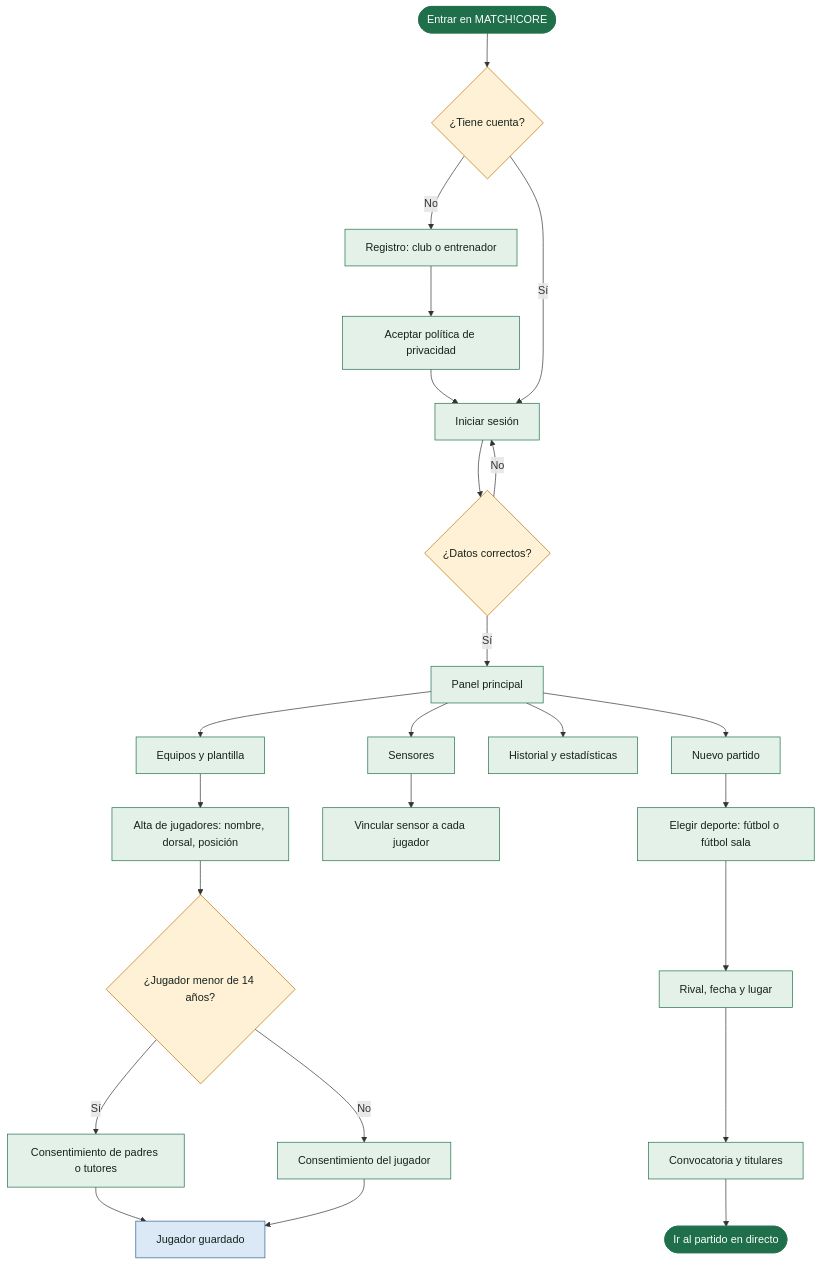
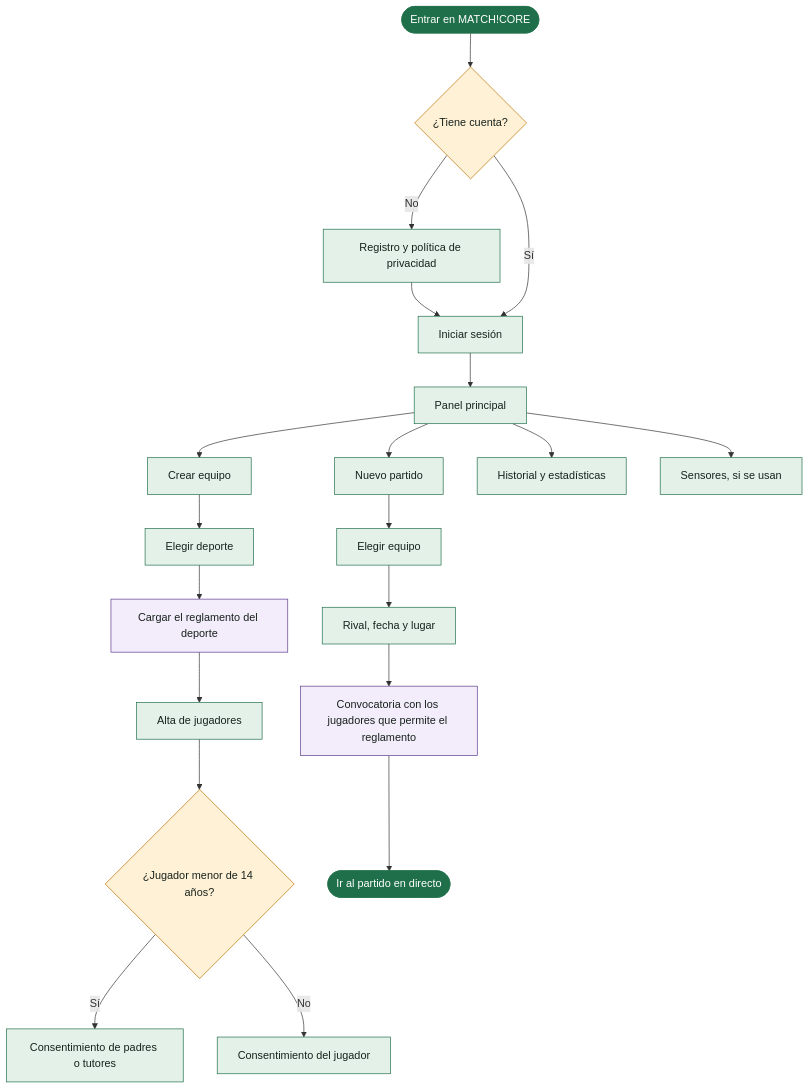
One commit to danielbernalanz/Proyecto-final-de-curso-2.DAW changed the first of 3 diagrams in diagramas/README.md. Above: the diagram before and after it, drawn with Mermaid. The commit also changed other lines of this file and 2 other files, not shown here.

First line of the commit message:
Diagrama de flujo: flujo común y reglamento por deporte

````diff
--- a/diagramas/README.md
+++ b/diagramas/README.md
@@ -11,35 +11,31 @@
 ```mermaid
 flowchart TD
   A([Entrar en MATCH!CORE]) --> B{¿Tiene cuenta?}
-  B -- No --> C[Registro: club o entrenador]
-  C --> C2[Aceptar política de privacidad]
-  C2 --> D
+  B -- No --> C[Registro y política de privacidad]
+  C --> D
   B -- Sí --> D[Iniciar sesión]
-  D --> E{¿Datos correctos?}
-  E -- No --> D
-  E -- Sí --> F[Panel principal]
-  F --> G[Equipos y plantilla]
+  D --> F[Panel principal]
+  F --> G[Crear equipo]
   F --> H[Nuevo partido]
   F --> I[Historial y estadísticas]
-  F --> J[Sensores]
-  G --> G1[Alta de jugadores: nombre, dorsal, posición]
-  G1 --> G2{¿Jugador menor de 14 años?}
-  G2 -- Sí --> G3[Consentimiento de padres o tutores]
-  G2 -- No --> G4[Consentimiento del jugador]
-  G3 --> G5[Jugador guardado]
-  G4 --> G5
-  J --> J1[Vincular sensor a cada jugador]
-  H --> H1[Elegir deporte: fútbol o fútbol sala]
+  F --> J[Sensores, si se usan]
+  G --> G1[Elegir deporte]
+  G1 --> G2[Cargar el reglamento del deporte]
+  G2 --> G3[Alta de jugadores]
+  G3 --> G4{¿Jugador menor de 14 años?}
+  G4 -- Sí --> G5[Consentimiento de padres o tutores]
+  G4 -- No --> G6[Consentimiento del jugador]
+  H --> H1[Elegir equipo]
   H1 --> H2[Rival, fecha y lugar]
-  H2 --> H3[Convocatoria y titulares]
+  H2 --> H3[Convocatoria con los jugadores que permite el reglamento]
   H3 --> K([Ir al partido en directo])
 
   classDef screen fill:#e3f1e9,stroke:#1f6f4a,color:#17221c
   classDef decision fill:#fff1d6,stroke:#b86e00,color:#17221c
-  classDef auto fill:#dbe9f7,stroke:#2f5f8f,color:#17221c
+  classDef rule fill:#f3ecfb,stroke:#5b3a8c,color:#17221c
   classDef term fill:#1f6f4a,stroke:#1f6f4a,color:#ffffff
-  class C,C2,D,F,G,H,I,J,G1,G3,G4,J1,H1,H2,H3 screen
-  class B,E,G2 decision
-  class G5 auto
+  class C,D,F,G,H,I,J,G1,G3,G5,G6,H1,H2 screen
+  class B,G4 decision
+  class G2,H3 rule
   class A,K term
 ```
````
